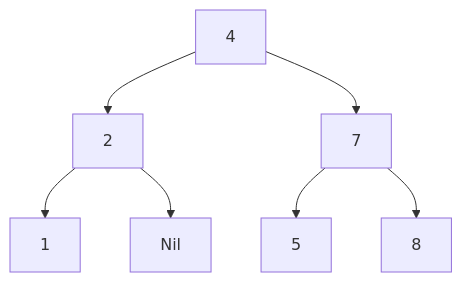
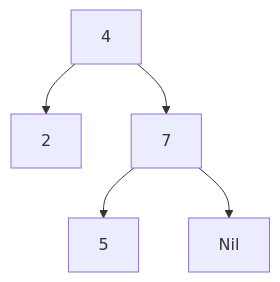
The diagram in ch_05 ２分木探索.md (kn201905/Haskell), drawn with Mermaid before and after one commit. The commit also changed other lines of this file, not shown here.

````diff
--- a/ch_05 ２分木探索.md
+++ b/ch_05 ２分木探索.md
@@ -28,9 +28,7 @@
 ```mermaid
 graph TD
     4 --> 2;
-    2 --> 1;
-    2 --> Nil;
     4 --> 7;
     7 --> 5;
-    7 --> 8;
+    7 --> Nil;
 ```
````
